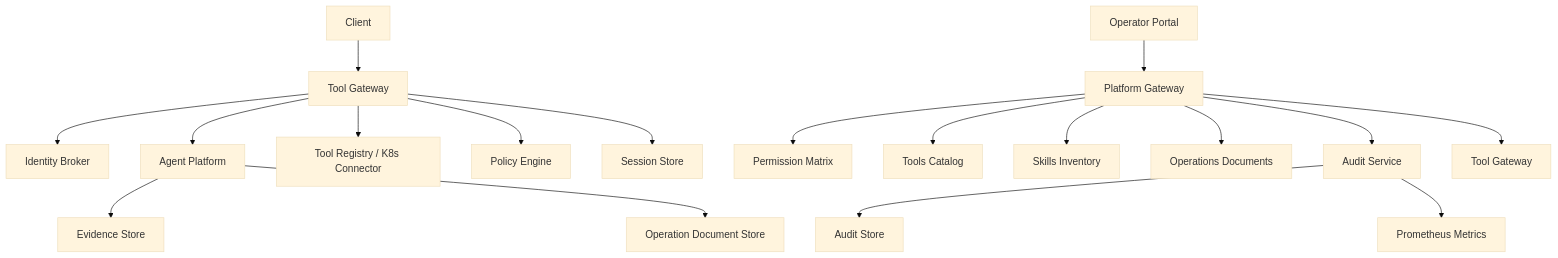
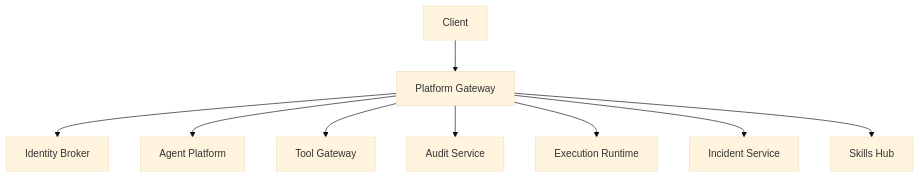
One commit to metasync/luban-aiops changed the first of 3 diagrams in .qoder/repowiki/en/content/API Reference/API Reference.md. Above: the diagram before and after it, drawn with Mermaid (base theme). The commit also changed other lines of this file and 843 other files, not shown here.

````diff
--- a/.qoder/repowiki/en/content/API Reference/API Reference.md
+++ b/.qoder/repowiki/en/content/API Reference/API Reference.md
@@ -110,20 +63,20 @@
 ```mermaid
 graph TB
-Client["Client"] --> Gateway["Tool Gateway"]
-Gateway --> Auth["Identity Broker"]
-Gateway --> Agent["Agent Platform"]
-Gateway --> Tools["Tool Registry / K8s Connector"]
-Gateway --> Policy["Policy Engine"]
-Gateway --> Store["Session Store"]
-Portal["Operator Portal"] --> PlatformGW["Platform Gateway"]
-PlatformGW --> PolicyMatrix["Permission Matrix"]
-PlatformGW --> ToolsCatalog["Tools Catalog"]
-PlatformGW --> SkillsInventory["Skills Inventory"]
-PlatformGW --> Documents["Operations Documents"]
-PlatformGW --> AuditService["Audit Service"]
-PlatformGW --> ToolGateway["Tool Gateway"]
-Agent --> EvidenceStore["Evidence Store"]
-Agent --> DocStore["Operation Document Store"]
-AuditService --> AuditStore["Audit Store"]
-AuditService --> Metrics["Prometheus Metrics"]
+Client["Client"]
+PG["Platform Gateway"]
+IB["Identity Broker"]
+AP["Agent Platform"]
+TG["Tool Gateway"]
+AS["Audit Service"]
+ER["Execution Runtime"]
+IS["Incident Service"]
+SH["Skills Hub"]
+Client --> PG
+PG --> IB
+PG --> AP
+PG --> TG
+PG --> AS
+PG --> ER
+PG --> IS
+PG --> SH
 ```
````
